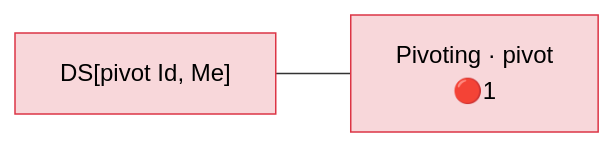
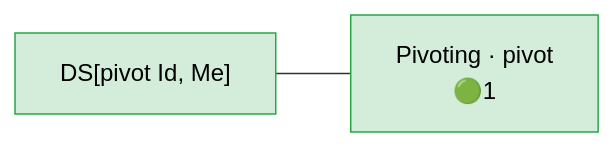
Before and after one commit to Meaningful-Data/vtlengine: the diagram in docs/operator_map/clause/pivot.rst, drawn with Mermaid. The commit also changed other lines of this file and 100 other files, not shown here.

```diff
--- a/docs/operator_map/clause/pivot.rst
+++ b/docs/operator_map/clause/pivot.rst
@@ -24,15 +24,15 @@
 .. mermaid::
    :config: {"flowchart": {"useMaxWidth": false}}
 
    flowchart LR
        classDef ok fill:#d4edda,stroke:#28a745,color:#000
        classDef partial fill:#fff3cd,stroke:#ffc107,color:#000
        classDef refused fill:#d4edda,stroke:#28a745,stroke-width:3px,stroke-dasharray: 2 2,color:#000
        classDef missing fill:#f8d7da,stroke:#dc3545,color:#000
        classDef diverge fill:#cce5ff,stroke:#007bff,color:#000
        classDef block fill:#2b3a4a,stroke:#2b3a4a,color:#fff,font-weight:bold
        classDef ext fill:#fff,stroke:#666,color:#000,stroke-dasharray: 5 5
-       O["Pivoting · pivot<br/>🔴1"]:::missing
-       v_basic["DS#91;pivot Id, Me#93;"]:::missing
+       O["Pivoting · pivot<br/>🟢1"]:::ok
+       v_basic["DS#91;pivot Id, Me#93;"]:::ok
        v_basic --- O
        click v_basic href "#form-basic"
```
